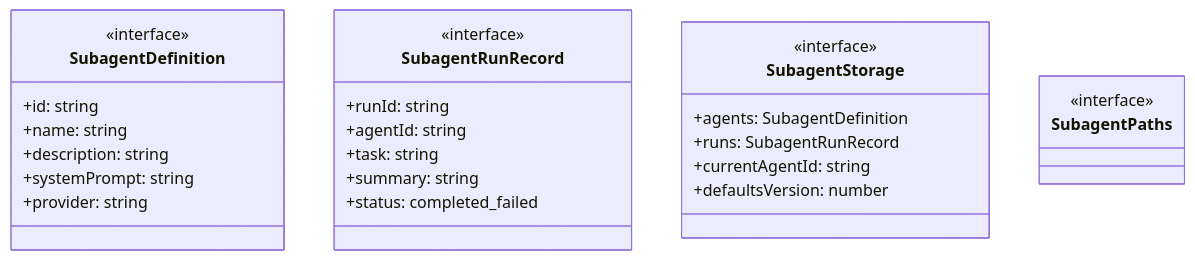
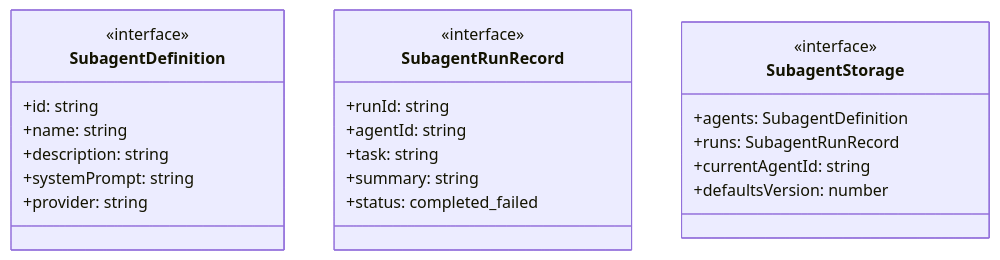
One commit to Mekann2904/mekann changed the first of 4 diagrams in ABDD/.pi/extensions/subagents/storage.md. Above: the diagram before and after it, drawn with Mermaid. The commit also changed other lines of this file and 205 other files, not shown here.

````diff
--- a/ABDD/.pi/extensions/subagents/storage.md
+++ b/ABDD/.pi/extensions/subagents/storage.md
@@ -44,29 +44,26 @@
 ```mermaid
 classDiagram
   class SubagentDefinition {
     <<interface>>
     +id: string
     +name: string
     +description: string
     +systemPrompt: string
     +provider: string
   }
   class SubagentRunRecord {
     <<interface>>
     +runId: string
     +agentId: string
     +task: string
     +summary: string
     +status: completed_failed
   }
   class SubagentStorage {
     <<interface>>
     +agents: SubagentDefinition
     +runs: SubagentRunRecord
     +currentAgentId: string
     +defaultsVersion: number
   }
-  class SubagentPaths {
-    <<interface>>
-  }
 ```
````
